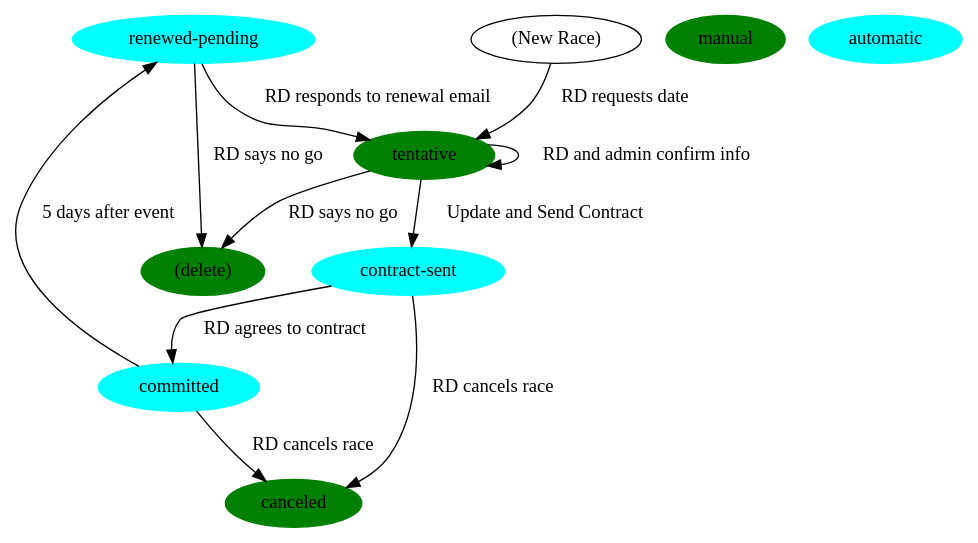
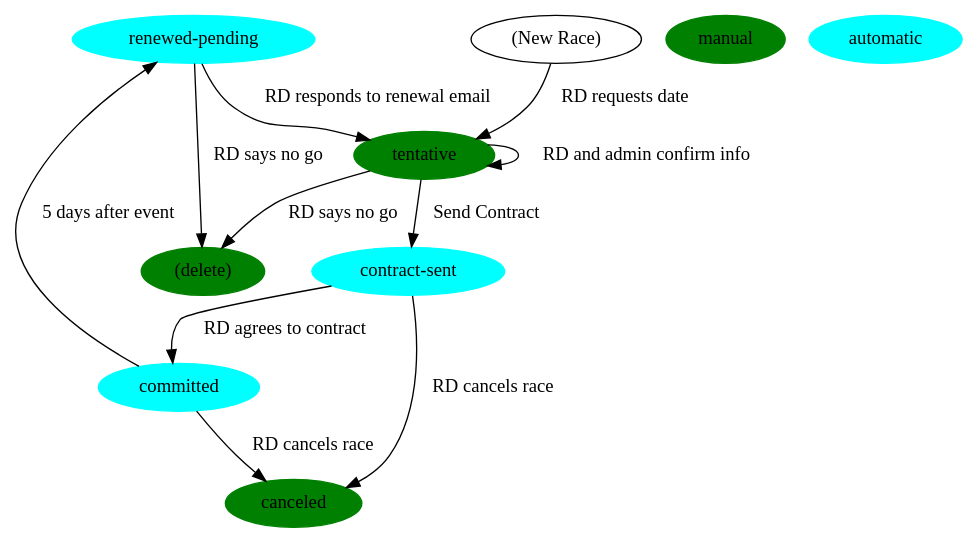
The diagram in docs/contract-admin-event-guide.rst (louking/contracts), drawn with Graphviz before and after one commit. The commit also changed other lines of this file and 17 other files, not shown here.

```diff
--- a/docs/contract-admin-event-guide.rst
+++ b/docs/contract-admin-event-guide.rst
@@ -136,24 +136,24 @@
 .. graphviz::
 
    digraph{
       "renewed-pending" -> "tentative" [label="RD responds to renewal email"]
       "(New Race)" -> "tentative" [label="RD requests date"]
       "tentative" -> "tentative" [label="RD and admin confirm info"]
-      "tentative" -> "contract-sent" [label="Update and Send Contract"]
+      "tentative" -> "contract-sent" [label="Send Contract"]
       "contract-sent" -> "committed" [label="RD agrees to contract"]
       "contract-sent" -> "canceled" [label="RD cancels race"]
       "committed" -> "canceled" [label="RD cancels race"]
       "committed" -> "renewed-pending" [label="5 days after event"]
       "renewed-pending" -> "(delete)" [label="RD says no go"]
       "tentative" -> "(delete)" [label="RD says no go"]
       
       "renewed-pending" [color=cyan, style=filled]
       "tentative" [color=green, style=filled]
       "contract-sent" [color=cyan, style=filled]
       "committed" [color=cyan, style=filled]
       "canceled" [color=green, style=filled]
       "(delete)" [color=green, style=filled]
 
       "manual" [color=green, style=filled]
       "automatic" [color=cyan, style=filled]
    }
```
